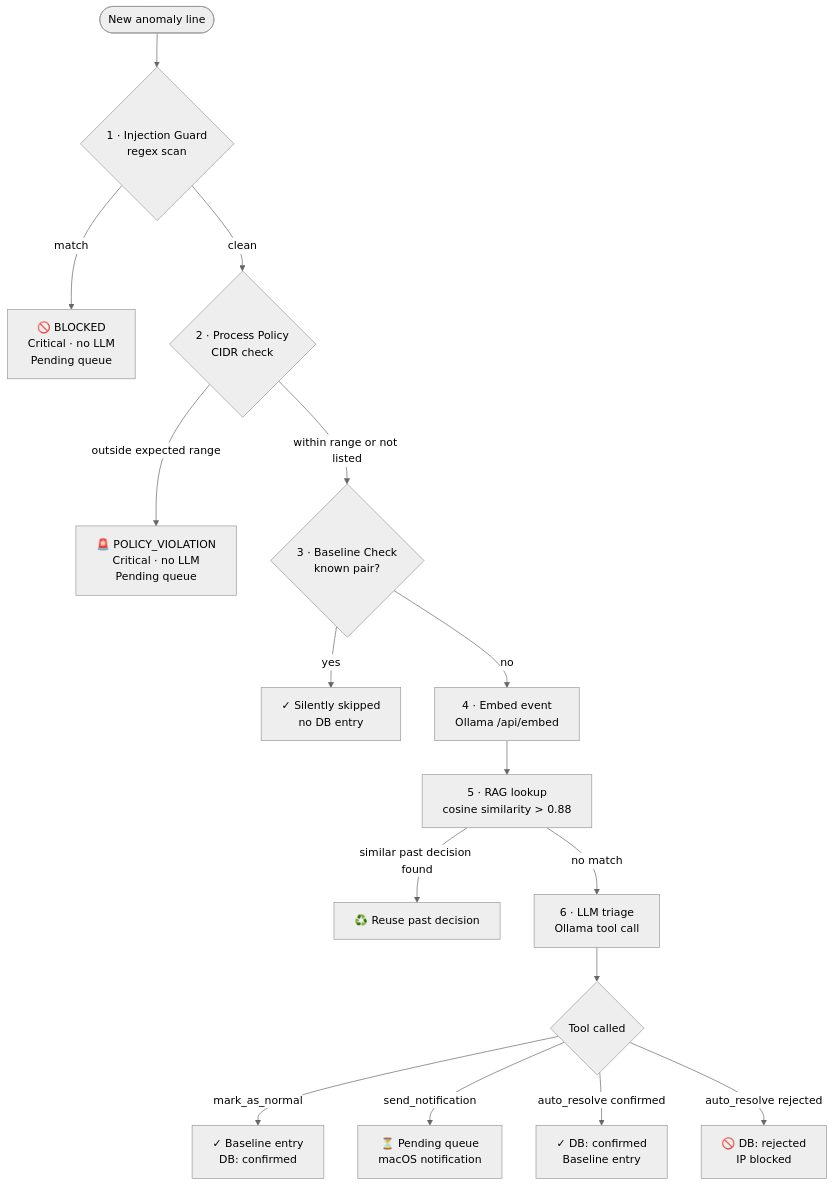
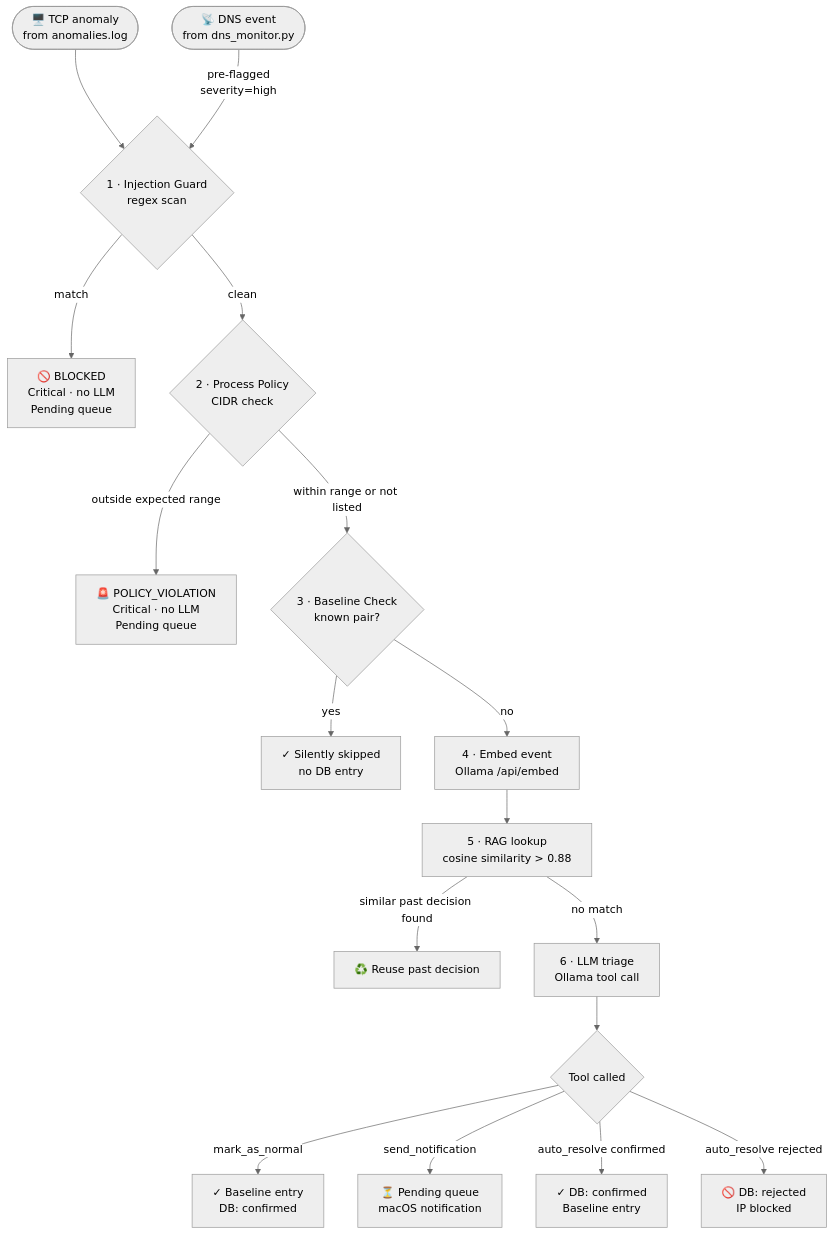
One commit to Algiras/netmon changed the third of 3 diagrams in docs/architecture.md. Above: the diagram before and after it, drawn with Mermaid (neutral theme). The commit also changed other lines of this file and 7 other files, not shown here.

````diff
--- a/docs/architecture.md
+++ b/docs/architecture.md
@@ -104,29 +121,32 @@
 ```mermaid
 flowchart TD
-    IN([New anomaly line]) --> IG
+    TCP(["🖥️ TCP anomaly\nfrom anomalies.log"])
+    DNSEV(["📡 DNS event\nfrom dns_monitor.py"])
+    TCP --> IG
+    DNSEV -->|"pre-flagged\nseverity=high"| IG
 
     IG{1 · Injection Guard\nregex scan}
     IG -->|match| BLK1[🚫 BLOCKED\nCritical · no LLM\nPending queue]
     IG -->|clean| PP
 
     PP{2 · Process Policy\nCIDR check}
     PP -->|outside expected range| BLK2[🚨 POLICY_VIOLATION\nCritical · no LLM\nPending queue]
     PP -->|within range or not listed| BASE
 
     BASE{3 · Baseline Check\nknown pair?}
     BASE -->|yes| SKIP[✓ Silently skipped\nno DB entry]
     BASE -->|no| EMB
 
     EMB[4 · Embed event\nOllama /api/embed] --> RAG
 
     RAG[5 · RAG lookup\ncosine similarity > 0.88] -->|similar past decision found| AUTO[♻️ Reuse past decision]
     RAG -->|no match| LLM
 
     LLM[6 · LLM triage\nOllama tool call] --> TOOL
 
     TOOL{Tool called}
     TOOL -->|mark_as_normal| NORM[✓ Baseline entry\nDB: confirmed]
     TOOL -->|send_notification| PEND[⏳ Pending queue\nmacOS notification]
     TOOL -->|auto_resolve confirmed| CONF[✓ DB: confirmed\nBaseline entry]
     TOOL -->|auto_resolve rejected| REJ[🚫 DB: rejected\nIP blocked]
 ```
````
